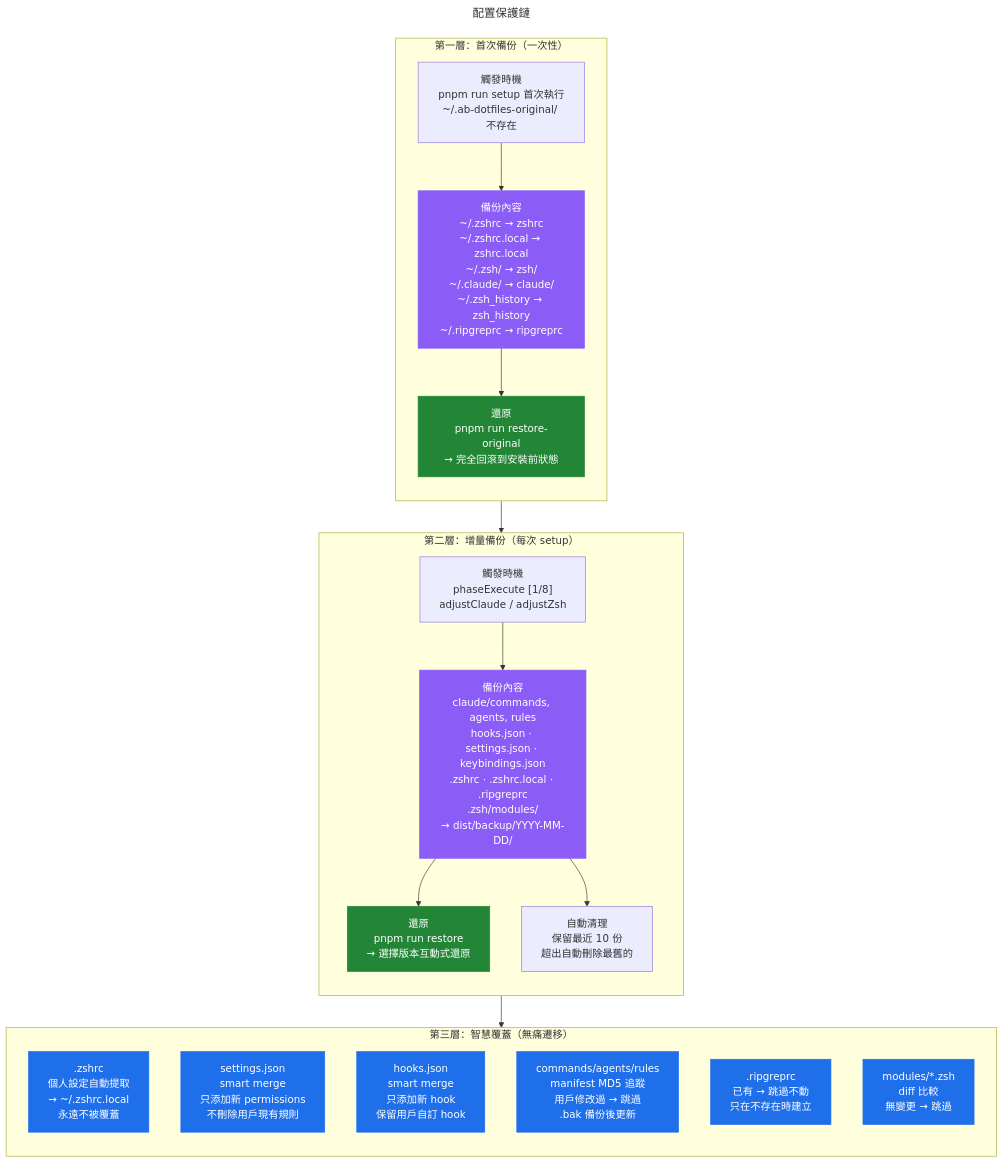
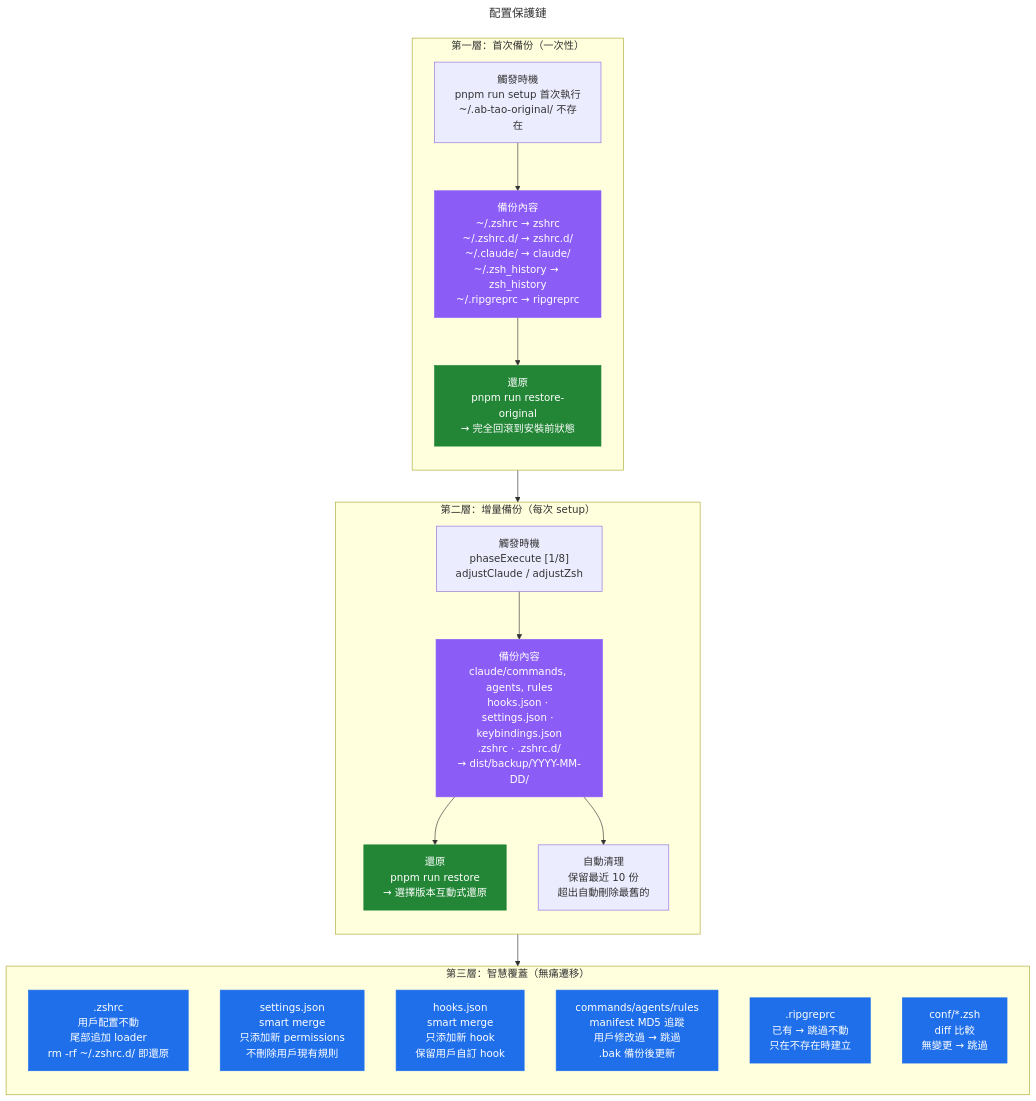
The diagram in apps/dotfiles/docs/flows/config-protection.mmd (AlvinBian/ab-tao), drawn with Mermaid before and after one commit. The commit also changed 247 other files, not shown here.

```diff
--- a/apps/dotfiles/docs/flows/config-protection.mmd
+++ b/apps/dotfiles/docs/flows/config-protection.mmd
@@ -1,47 +1,47 @@
 ---
 title: 配置保護鏈
 description: 三層保護：首次備份 → 增量備份 → 智慧覆蓋 + 兩種還原
 links:
   - phase-execute: 安裝流程（備份在 Step 1）
   - setup-main: 返回主流程
 ---
 flowchart TD
     subgraph Layer1 ["第一層：首次備份（一次性）"]
         direction TB
-        L1T["觸發時機<br/>pnpm run setup 首次執行<br/>~/.ab-dotfiles-original/ 不存在"]
-        L1T --> L1F["備份內容<br/>~/.zshrc → zshrc<br/>~/.zshrc.local → zshrc.local<br/>~/.zsh/ → zsh/<br/>~/.claude/ → claude/<br/>~/.zsh_history → zsh_history<br/>~/.ripgreprc → ripgreprc"]
+        L1T["觸發時機<br/>pnpm run setup 首次執行<br/>~/.ab-tao-original/ 不存在"]
+        L1T --> L1F["備份內容<br/>~/.zshrc → zshrc<br/>~/.zshrc.d/ → zshrc.d/<br/>~/.claude/ → claude/<br/>~/.zsh_history → zsh_history<br/>~/.ripgreprc → ripgreprc"]
         L1F --> L1R["還原<br/>pnpm run restore-original<br/>→ 完全回滾到安裝前狀態"]
     end
 
     subgraph Layer2 ["第二層：增量備份（每次 setup）"]
         direction TB
         L2T["觸發時機<br/>phaseExecute [1/8]<br/>adjustClaude / adjustZsh"]
-        L2T --> L2F["備份內容<br/>claude/commands, agents, rules<br/>hooks.json · settings.json · keybindings.json<br/>.zshrc · .zshrc.local · .ripgreprc<br/>.zsh/modules/<br/>→ dist/backup/YYYY-MM-DD/"]
+        L2T --> L2F["備份內容<br/>claude/commands, agents, rules<br/>hooks.json · settings.json · keybindings.json<br/>.zshrc · .zshrc.d/<br/>→ dist/backup/YYYY-MM-DD/"]
         L2F --> L2R["還原<br/>pnpm run restore<br/>→ 選擇版本互動式還原"]
         L2F --> L2C["自動清理<br/>保留最近 10 份<br/>超出自動刪除最舊的"]
     end
 
     subgraph Layer3 ["第三層：智慧覆蓋（無痛遷移）"]
         direction TB
-        S1[".zshrc<br/>個人設定自動提取<br/>→ ~/.zshrc.local<br/>永遠不被覆蓋"]
+        S1[".zshrc<br/>用戶配置不動<br/>尾部追加 loader<br/>rm -rf ~/.zshrc.d/ 即還原"]
 
         S2["settings.json<br/>smart merge<br/>只添加新 permissions<br/>不刪除用戶現有規則"]
 
         S3["hooks.json<br/>smart merge<br/>只添加新 hook<br/>保留用戶自訂 hook"]
 
         S4["commands/agents/rules<br/>manifest MD5 追蹤<br/>用戶修改過 → 跳過<br/>.bak 備份後更新"]
 
         S5[".ripgreprc<br/>已有 → 跳過不動<br/>只在不存在時建立"]
 
-        S6["modules/*.zsh<br/>diff 比較<br/>無變更 → 跳過"]
+        S6["conf/*.zsh<br/>diff 比較<br/>無變更 → 跳過"]
     end
 
     Layer1 --> Layer2 --> Layer3
 
     classDef backup fill:#8b5cf6,color:#fff,stroke:#8b5cf6
     classDef restore fill:#238636,color:#fff,stroke:#238636
     classDef strategy fill:#1f6feb,color:#fff,stroke:#1f6feb
 
     class L1F,L2F backup
     class L1R,L2R restore
     class S1,S2,S3,S4,S5,S6 strategy
```
